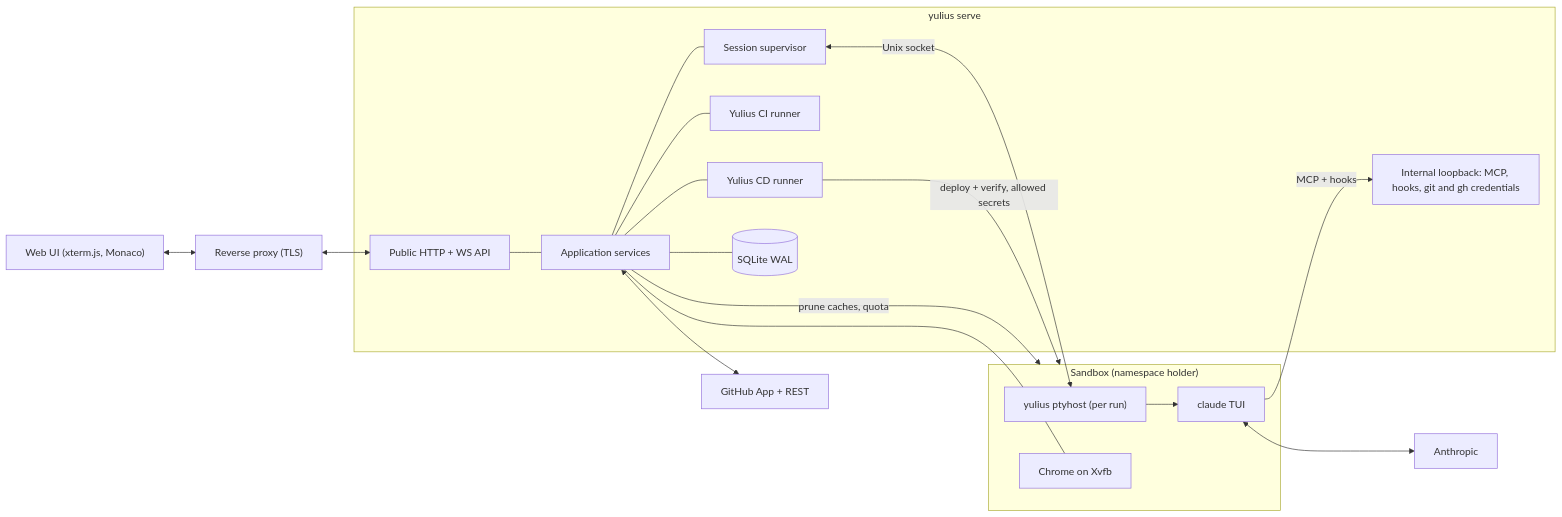
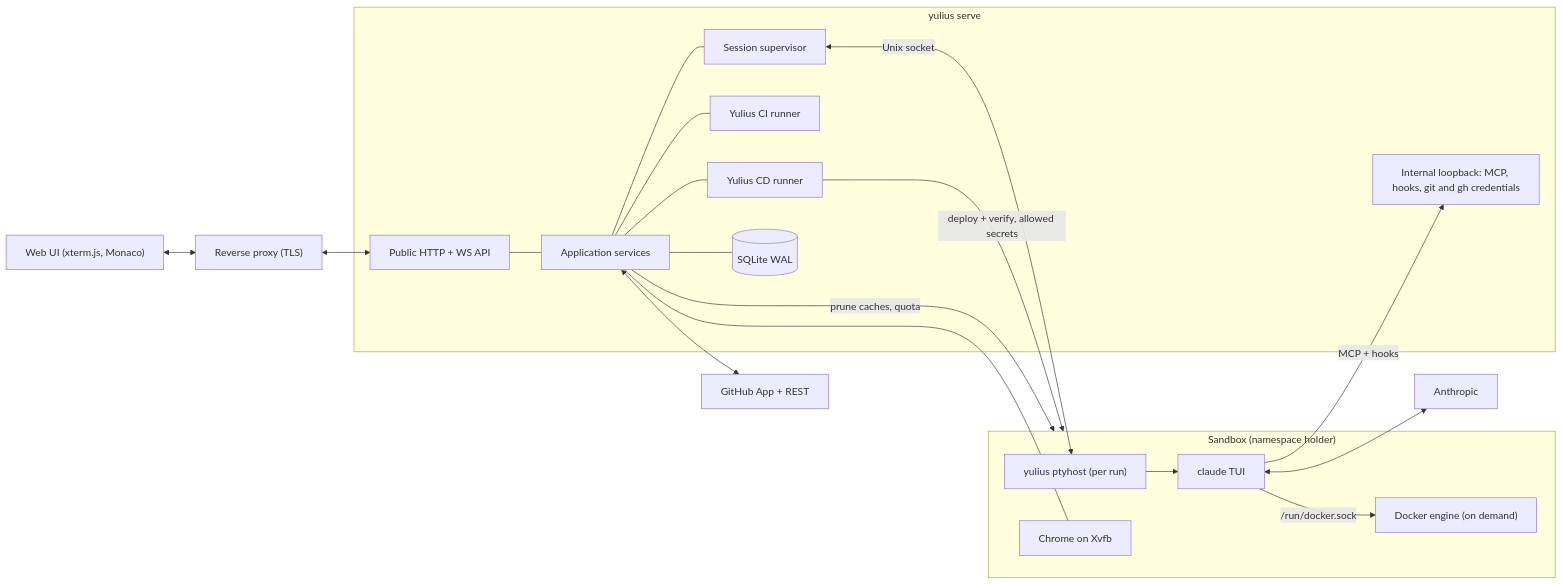
Before and after one commit to Quartio-Studio/yulius: the first of 38 diagrams in docs/architecture.md, drawn with Mermaid. The commit also changed other lines of this file and 35 other files, not shown here.

````diff
--- a/docs/architecture.md
+++ b/docs/architecture.md
@@ -9,28 +9,29 @@
 ```mermaid
 flowchart LR
   UI["Web UI (xterm.js, Monaco)"] <--> RP["Reverse proxy (TLS)"] <--> API
   subgraph Server["yulius serve"]
     API["Public HTTP + WS API"]
     INT["Internal loopback: MCP, hooks, git and gh credentials"]
     APP["Application services"]
     SUP["Session supervisor"]
     CI["Yulius CI runner"]
     CD["Yulius CD runner"]
     DB[("SQLite WAL")]
   end
   API --- APP --- DB
   APP --- SUP
   APP --- CI
   APP --- CD
   CD -->|"deploy + verify, allowed secrets"| SB
   APP -->|"prune caches, quota"| SB
   SUP <-->|"Unix socket"| PH["yulius ptyhost (per run)"]
   subgraph SB["Sandbox (namespace holder)"]
     PH --> AG["claude TUI"]
     CH["Chrome on Xvfb"]
+    AG -->|"/run/docker.sock"| DE["Docker engine (on demand)"]
   end
   AG -->|"MCP + hooks"| INT
   APP <--> GH["GitHub App + REST"]
   AG <--> AN["Anthropic"]
   APP --- CH
 ```
````
